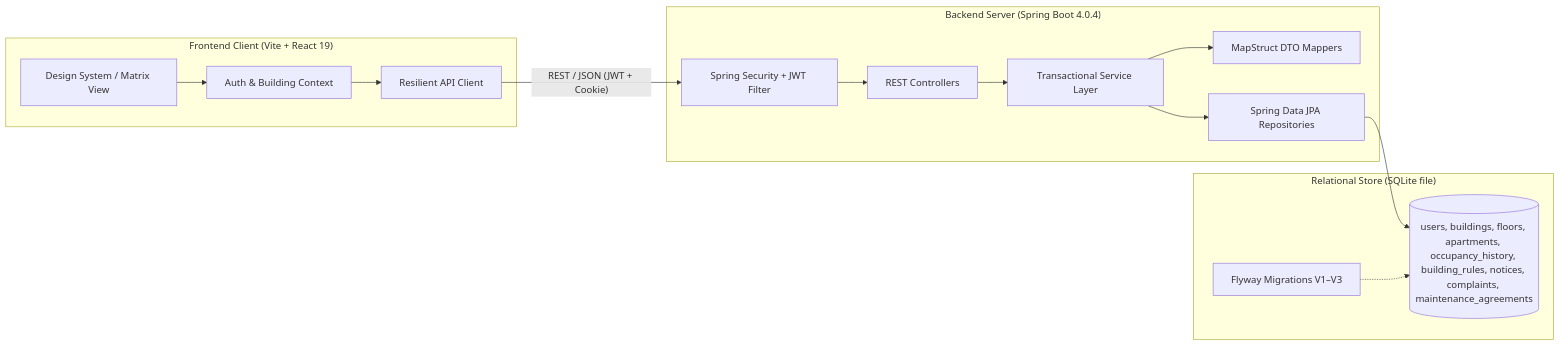
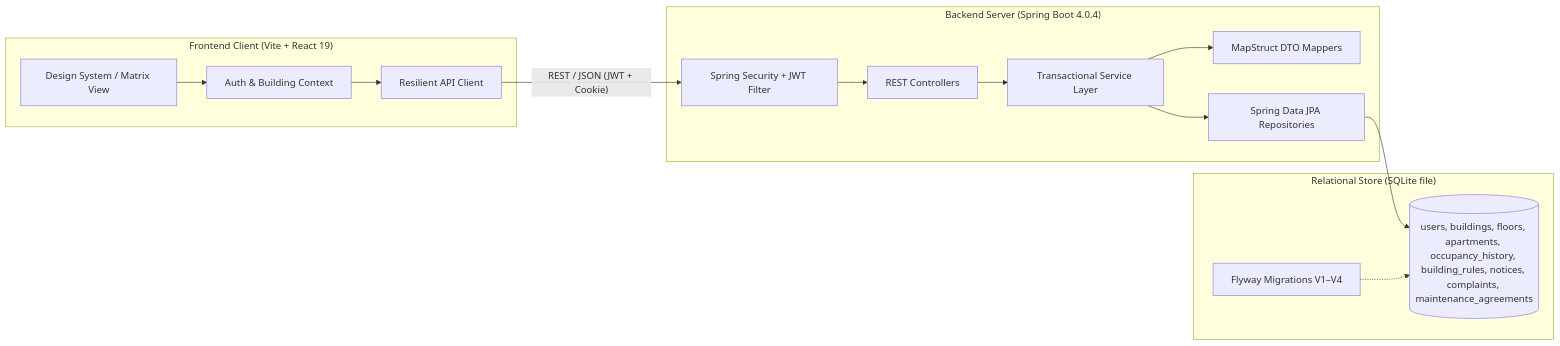
The diagram in README.md (eskit2005/BariLog), drawn with Mermaid before and after one commit. The commit also changed other lines of this file and 58 other files, not shown here.

````diff
--- a/README.md
+++ b/README.md
@@ -65,27 +65,27 @@
 ```mermaid
 flowchart LR
     subgraph Client["Frontend Client (Vite + React 19)"]
         UI[Design System / Matrix View]
         Context[Auth & Building Context]
         API_Client[Resilient API Client]
     end
 
     subgraph Server["Backend Server (Spring Boot 4.0.4)"]
         Sec[Spring Security + JWT Filter]
         Controllers[REST Controllers]
         Services[Transactional Service Layer]
         Mappers[MapStruct DTO Mappers]
         Repos[Spring Data JPA Repositories]
     end
 
     subgraph Database["Relational Store (SQLite file)"]
-        Flyway[Flyway Migrations V1–V3]
+        Flyway[Flyway Migrations V1–V4]
         Tables[(users, buildings, floors, apartments, occupancy_history, building_rules, notices, complaints, maintenance_agreements)]
     end
 
     UI --> Context --> API_Client
     API_Client -- "REST / JSON (JWT + Cookie)" --> Sec
     Sec --> Controllers --> Services --> Mappers & Repos
     Repos --> Tables
     Flyway -.-> Tables
 ```
````
